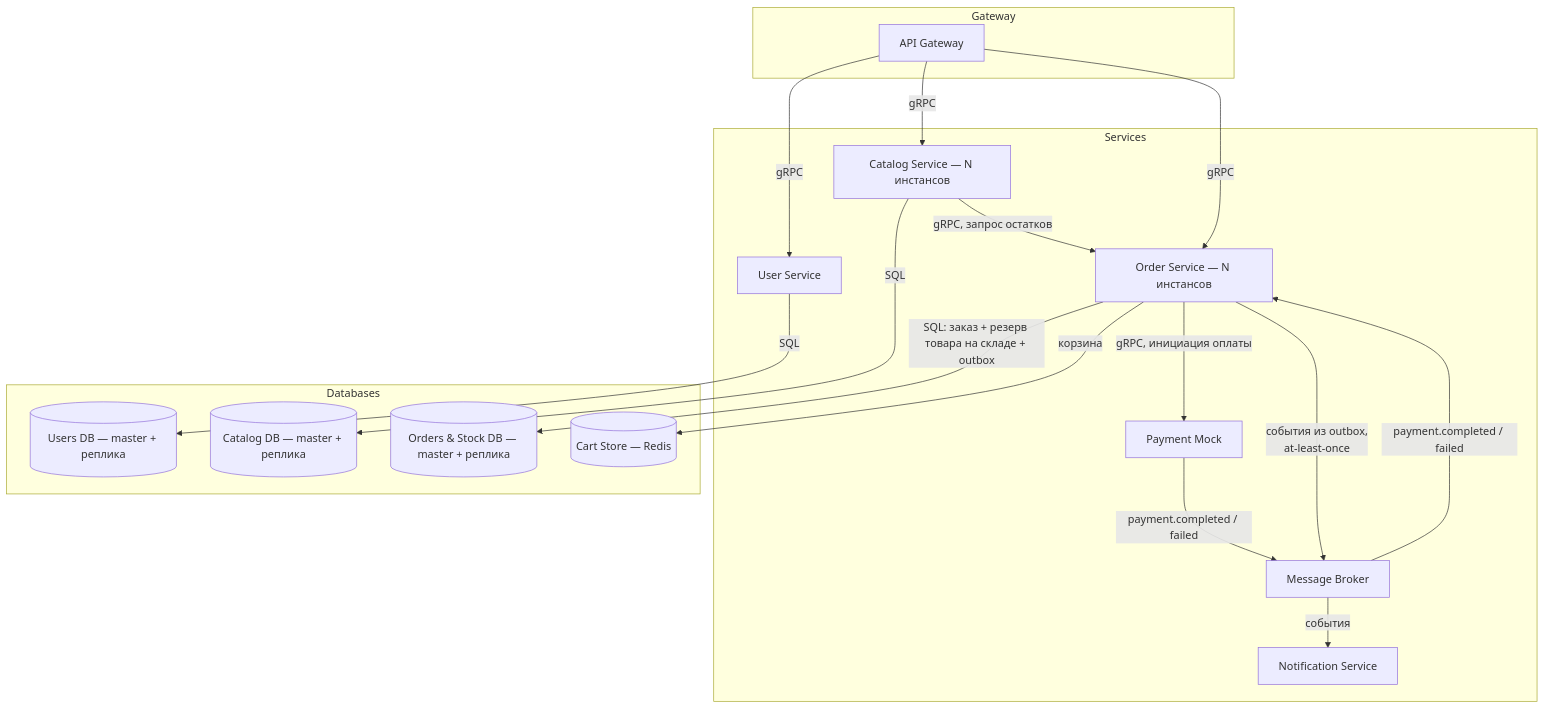
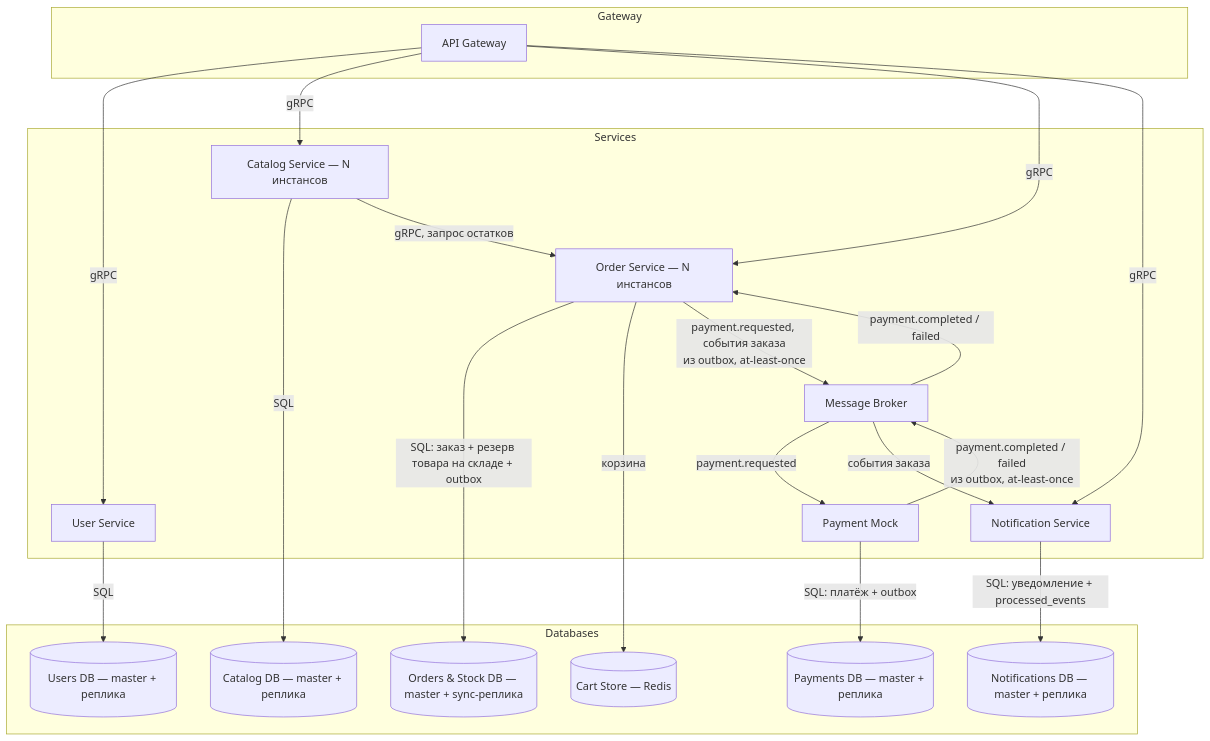
The first of 10 diagrams in docs/tr.md (spbu-ds-practicum-2026/good_question), drawn with Mermaid before and after one commit. The commit also changed other lines of this file, not shown here.

````diff
--- a/docs/tr.md
+++ b/docs/tr.md
@@ -133,34 +135,39 @@
 ```mermaid
 graph TD
   subgraph Gateway
     APIGateway[API Gateway]
   end
   subgraph Services
     UserSvc[User Service]
     Catalog[Catalog Service — N инстансов]
     Order[Order Service — N инстансов]
     Payment[Payment Mock]
     Notify[Notification Service]
     Broker[Message Broker]
   end
   subgraph Databases
     UsersDB[(Users DB — master + реплика)]
     CatalogDB[(Catalog DB — master + реплика)]
-    OrdersDB[(Orders & Stock DB — master + реплика)]
+    OrdersDB[(Orders & Stock DB — master + sync-реплика)]
+    PaymentsDB[(Payments DB — master + реплика)]
+    NotifyDB[(Notifications DB — master + реплика)]
     Cart[(Cart Store — Redis)]
   end
 
   APIGateway-->|gRPC|UserSvc
   APIGateway-->|gRPC|Catalog
   APIGateway-->|gRPC|Order
+  APIGateway-->|gRPC|Notify
   UserSvc-->|SQL|UsersDB
   Catalog-->|SQL|CatalogDB
   Catalog-->|gRPC, запрос остатков|Order
   Order-->|SQL: заказ + резерв товара на складе + outbox|OrdersDB
   Order-->|корзина|Cart
-  Order-->|gRPC, инициация оплаты|Payment
-  Order-->|события из outbox,<br/>at-least-once|Broker
-  Payment-->|payment.completed / failed|Broker
+  Order-->|payment.requested, события заказа<br/>из outbox, at-least-once|Broker
+  Broker-->|payment.requested|Payment
+  Payment-->|SQL: платёж + outbox|PaymentsDB
+  Payment-->|payment.completed / failed<br/>из outbox, at-least-once|Broker
   Broker-->|payment.completed / failed|Order
-  Broker-->|события|Notify
+  Broker-->|события заказа|Notify
+  Notify-->|SQL: уведомление + processed_events|NotifyDB
 ```
````
